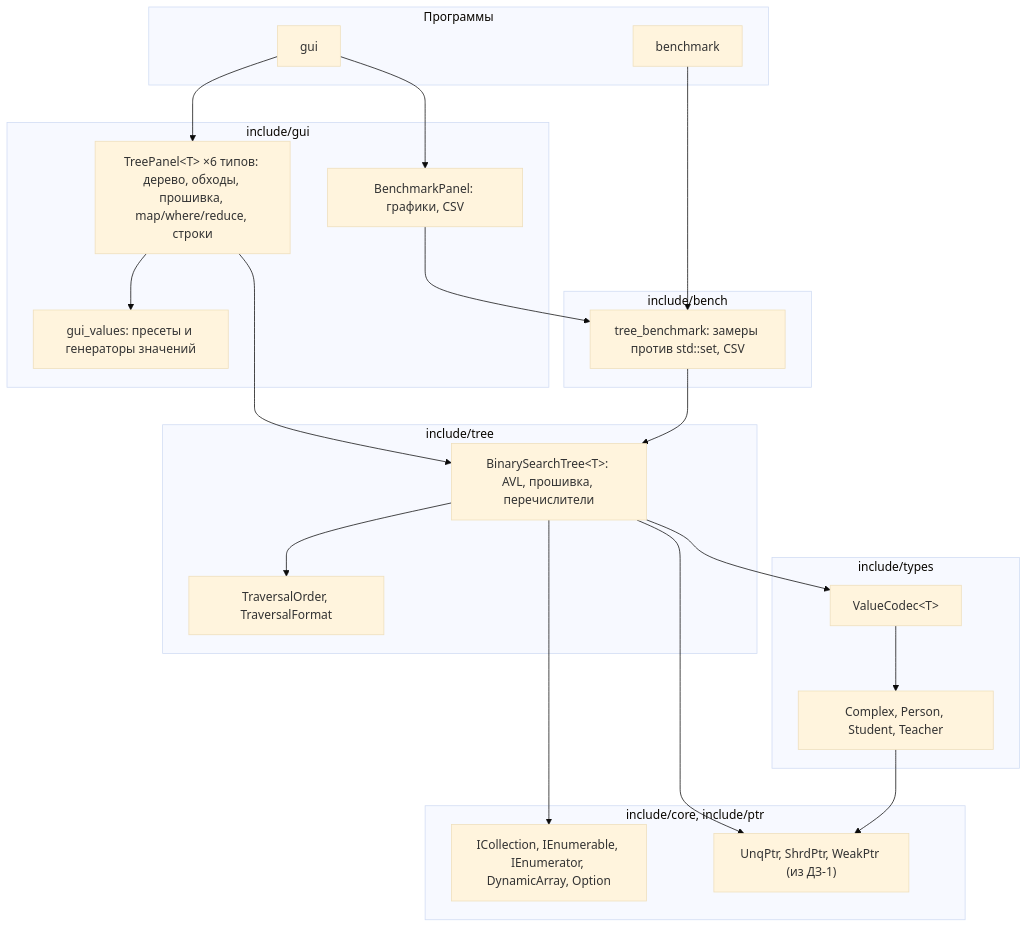
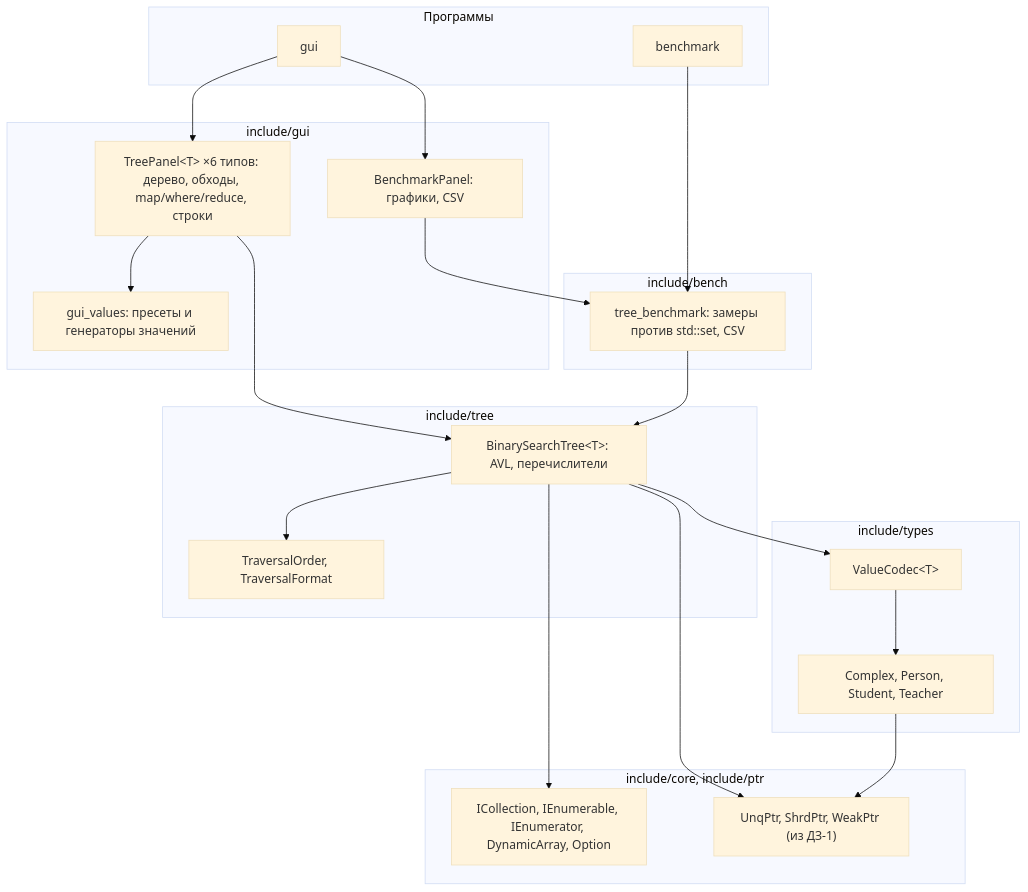
The diagram in lr1/docs/modules.mmd (Hausmaster333/LR1-2), drawn with Mermaid (base theme) before and after one commit. The commit also changed 34 other files, not shown here.

```diff
--- a/lr1/docs/modules.mmd
+++ b/lr1/docs/modules.mmd
@@ -1,37 +1,37 @@
 flowchart TB
     subgraph programs["Программы"]
         gui["gui"]
         cli["benchmark"]
     end
     subgraph shell["include/gui"]
-        panel["TreePanel&lt;T&gt; ×6 типов: дерево, обходы, прошивка, map/where/reduce, строки"]
+        panel["TreePanel&lt;T&gt; ×6 типов: дерево, обходы, map/where/reduce, строки"]
         benchp["BenchmarkPanel: графики, CSV"]
         values["gui_values: пресеты и генераторы значений"]
     end
     subgraph bench["include/bench"]
         tb["tree_benchmark: замеры против std::set, CSV"]
     end
     subgraph tree["include/tree"]
-        bst["BinarySearchTree&lt;T&gt;: AVL, прошивка, перечислители"]
+        bst["BinarySearchTree&lt;T&gt;: AVL, перечислители"]
         trav["TraversalOrder, TraversalFormat"]
     end
     subgraph types["include/types"]
         codec["ValueCodec&lt;T&gt;"]
         elems["Complex, Person, Student, Teacher"]
     end
     subgraph base["include/core, include/ptr"]
         core["ICollection, IEnumerable, IEnumerator, DynamicArray, Option"]
         ptr["UnqPtr, ShrdPtr, WeakPtr (из ДЗ-1)"]
     end
 
     gui --> panel & benchp
     panel --> values
     benchp --> tb
     cli --> tb
     panel --> bst
     tb --> bst
     bst --> trav
     bst --> codec
     codec --> elems
     bst --> core & ptr
     elems --> ptr
```
